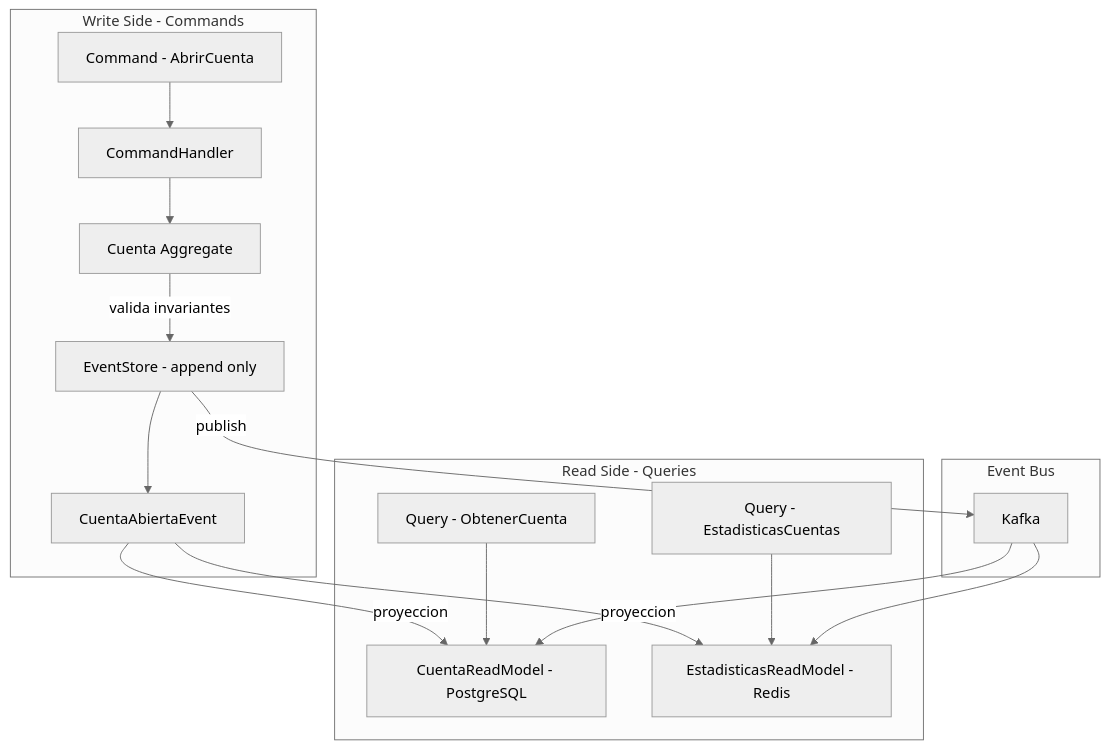
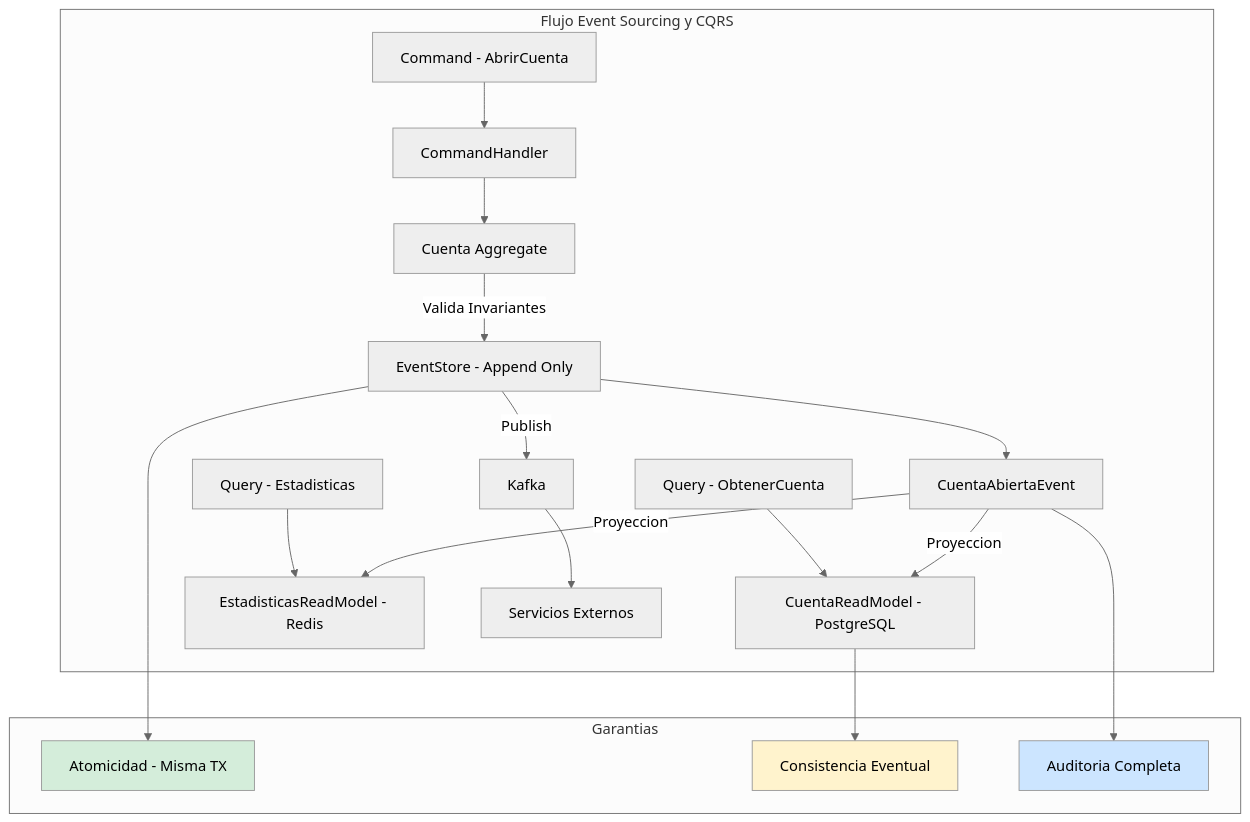
Before and after one commit to Joaquinriosheredia/DAM-Java-Mastery: the first of 3 diagrams in 02_Arquitectura/event_sourcing_y_cqrs_con_java_21_y_spring_boot_STAFF.md, drawn with Mermaid (neutral theme). The commit also changed other lines of this file, not shown here.

Commit message:
event_sourcing_y_cqrs_con_java_21_y_spring_boot_STAFF.md

````diff
--- a/02_Arquitectura/event_sourcing_y_cqrs_con_java_21_y_spring_boot_STAFF.md
+++ b/02_Arquitectura/event_sourcing_y_cqrs_con_java_21_y_spring_boot_STAFF.md
@@ -28,20 +40,28 @@
 ```mermaid
 graph TD
-    subgraph Write Side - Commands
-        A[Command - AbrirCuenta] --> B[CommandHandler]
-        B --> C[Cuenta Aggregate]
-        C -->|valida invariantes| D[EventStore - append only]
-        D --> E[CuentaAbiertaEvent]
+    subgraph "Flujo Event Sourcing y CQRS"
+        CMD[Command - AbrirCuenta] --> HANDLER[CommandHandler]
+        HANDLER --> AGG[Cuenta Aggregate]
+        AGG -->|Valida Invariantes| STORE[EventStore - Append Only]
+        STORE --> EVT[CuentaAbiertaEvent]
+        
+        EVT -->|Proyeccion| READ_MODEL[CuentaReadModel - PostgreSQL]
+        EVT -->|Proyeccion| STATS_MODEL[EstadisticasReadModel - Redis]
+        
+        QUERY[Query - ObtenerCuenta] --> READ_MODEL
+        QUERY_STATS[Query - Estadisticas] --> STATS_MODEL
+        
+        STORE -->|Publish| BUS[Kafka]
+        BUS --> EXT_SVC[Servicios Externos]
     end
-    subgraph Read Side - Queries
-        E -->|proyeccion| F[CuentaReadModel - PostgreSQL]
-        E -->|proyeccion| G[EstadisticasReadModel - Redis]
-        H[Query - ObtenerCuenta] --> F
-        I[Query - EstadisticasCuentas] --> G
+    
+    subgraph "Garantias"
+        STORE --> ATOM[Atomicidad - Misma TX]
+        READ_MODEL --> CONS[Consistencia Eventual]
+        EVT --> AUDIT[Auditoria Completa]
     end
-    subgraph Event Bus
-        D -->|publish| J[Kafka]
-        J --> F
-        J --> G
-    end
+    
+    style ATOM fill:#d4edda
+    style CONS fill:#fff3cd
+    style AUDIT fill:#cce5ff
 ```
````
